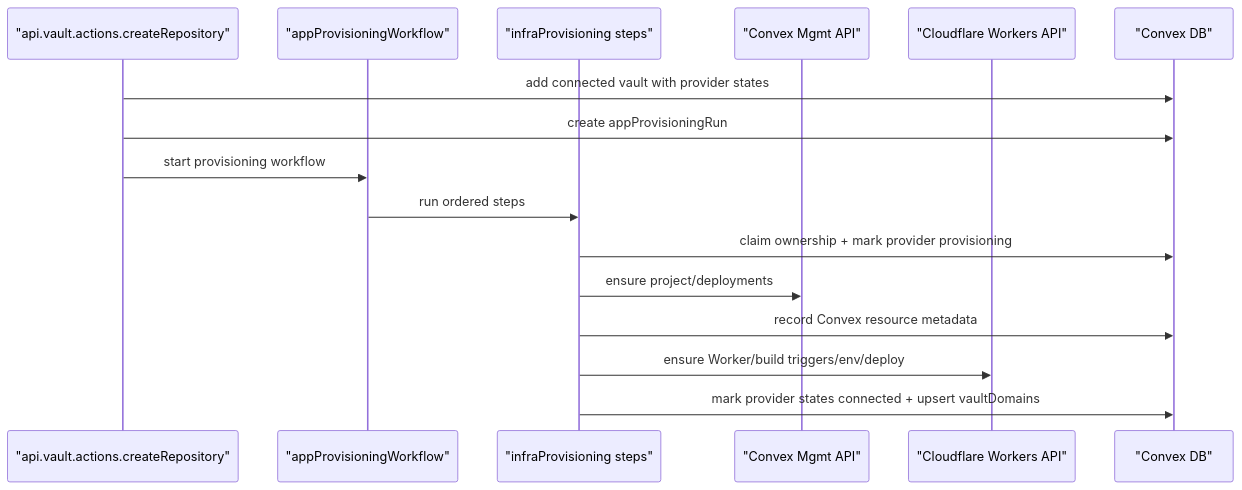
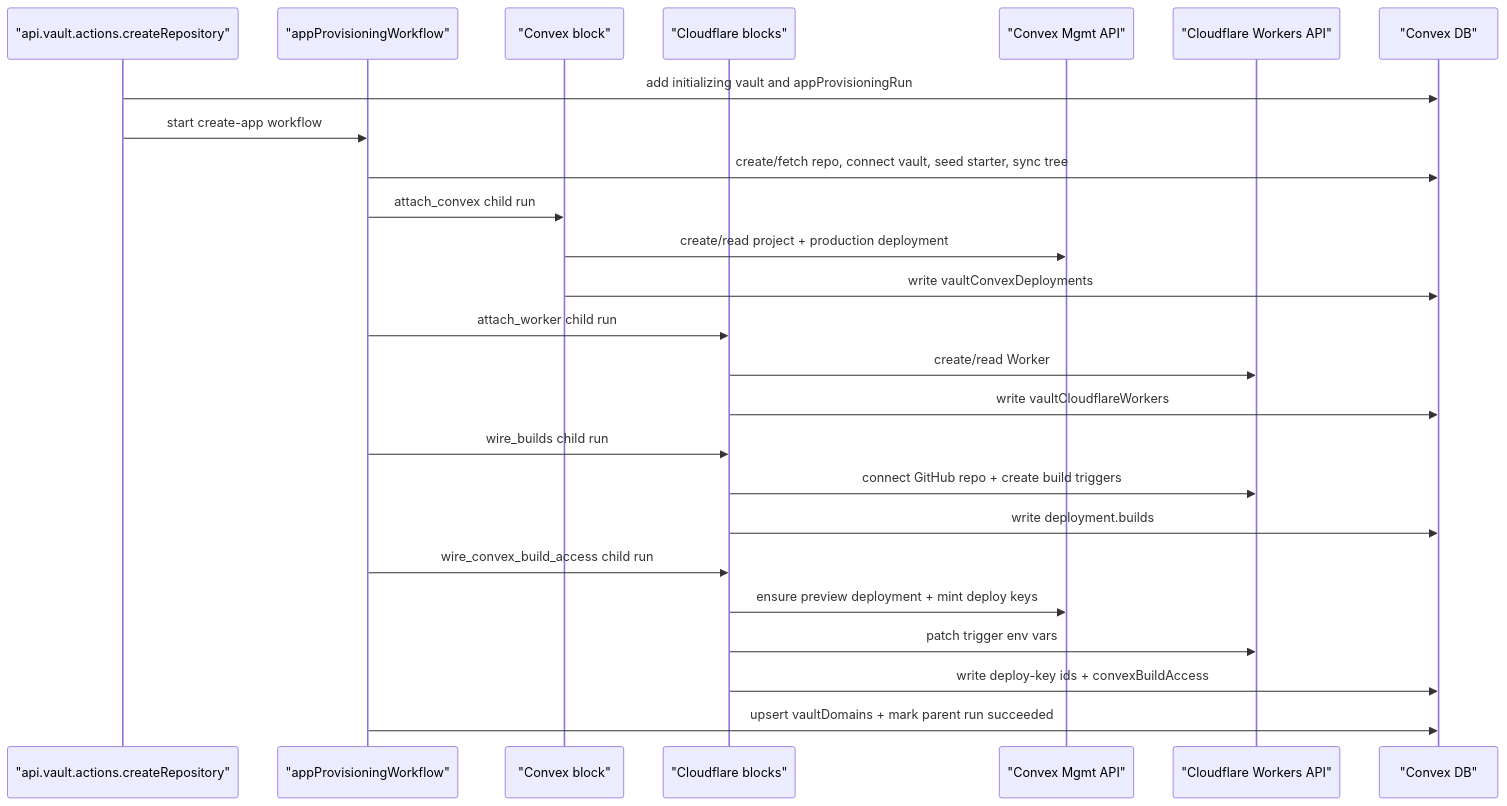
Before and after one commit to samebase/samebase: the diagram in specs/003_VAULT_INFRA_PROVISIONING_SPEC.md, drawn with Mermaid. The commit also changed other lines of this file and 26 other files, not shown here.

Commit message:
Phase 4: Recompose app provisioning blocks

````diff
--- a/specs/003_VAULT_INFRA_PROVISIONING_SPEC.md
+++ b/specs/003_VAULT_INFRA_PROVISIONING_SPEC.md
@@ -155,19 +203,28 @@
 ```mermaid
 sequenceDiagram
   participant VA as "api.vault.actions.createRepository"
   participant WF as "appProvisioningWorkflow"
-  participant IP as "infraProvisioning steps"
+  participant CVXB as "Convex block"
+  participant CFB as "Cloudflare blocks"
   participant CVX as "Convex Mgmt API"
   participant CFL as "Cloudflare Workers API"
   participant DB as "Convex DB"
 
-  VA->>DB: add connected vault with provider states
-  VA->>DB: create appProvisioningRun
-  VA->>WF: start provisioning workflow
-  WF->>IP: run ordered steps
-  IP->>DB: claim ownership + mark provider provisioning
-  IP->>CVX: ensure project/deployments
-  IP->>DB: record Convex resource metadata
-  IP->>CFL: ensure Worker/build triggers/env/deploy
-  IP->>DB: mark provider states connected + upsert vaultDomains
+  VA->>DB: add initializing vault and appProvisioningRun
+  VA->>WF: start create-app workflow
+  WF->>DB: create/fetch repo, connect vault, seed starter, sync tree
+  WF->>CVXB: attach_convex child run
+  CVXB->>CVX: create/read project + production deployment
+  CVXB->>DB: write vaultConvexDeployments
+  WF->>CFB: attach_worker child run
+  CFB->>CFL: create/read Worker
+  CFB->>DB: write vaultCloudflareWorkers
+  WF->>CFB: wire_builds child run
+  CFB->>CFL: connect GitHub repo + create build triggers
+  CFB->>DB: write deployment.builds
+  WF->>CFB: wire_convex_build_access child run
+  CFB->>CVX: ensure preview deployment + mint deploy keys
+  CFB->>CFL: patch trigger env vars
+  CFB->>DB: write deploy-key ids + convexBuildAccess
+  WF->>DB: upsert vaultDomains + mark parent run succeeded
 ```
````
